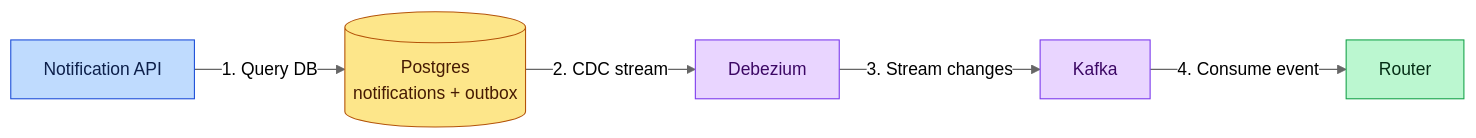
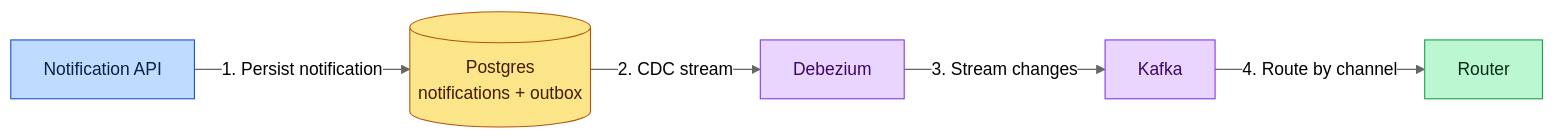
Before and after one commit to iluzn/HLD-Designs: the sixth of 16 diagrams in content/hld/NotificationSystem.md, drawn with Mermaid (neutral theme). The commit also changed other lines of this file and 27 other files, not shown here.

````diff
--- a/content/hld/NotificationSystem.md
+++ b/content/hld/NotificationSystem.md
@@ -524,18 +524,18 @@
 ```mermaid
 flowchart LR
     API["Notification API"]:::edge
     DB[("Postgres<br/>notifications + outbox")]:::data
     CDC["Debezium"]:::async
     KAFKA["Kafka"]:::async
     ROUTE["Router"]:::service
 
-    API -->|"1. Query DB"| DB
+    API -->|"1. Persist notification"| DB
     DB -->|"2. CDC stream"| CDC
     CDC -->|"3. Stream changes"| KAFKA
-    KAFKA -->|"4. Consume event"| ROUTE
+    KAFKA -->|"4. Route by channel"| ROUTE
 
     classDef edge fill:#bfdbfe,stroke:#1d4ed8,color:#0c1f4a
     classDef service fill:#bbf7d0,stroke:#16a34a,color:#052e16
     classDef async fill:#e9d5ff,stroke:#7c3aed,color:#3b0764
     classDef data fill:#fde68a,stroke:#b45309,color:#451a03
 ```
````
